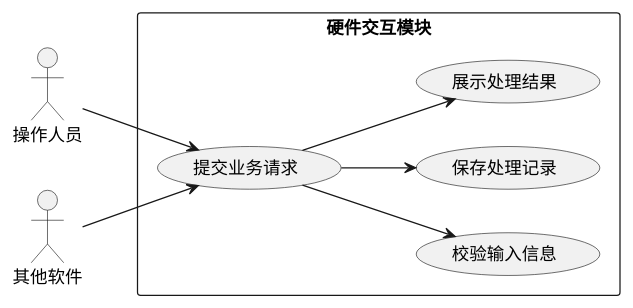
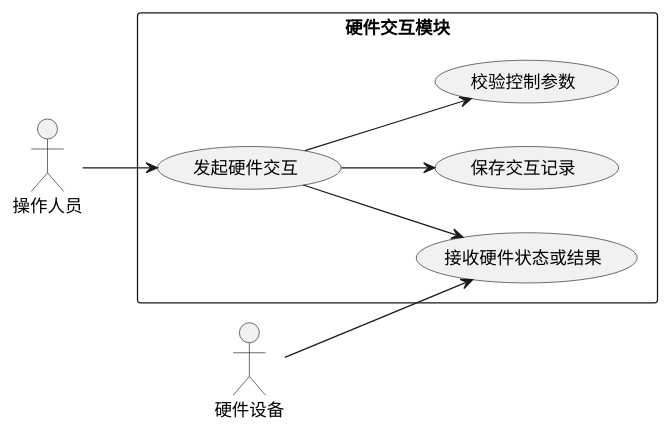
Before and after one commit to cppshooter/cursor: the second of 2 diagrams in 系统建设方案提示词/03-功能模块详细设计/03.3-硬件交互模块.md, drawn with PlantUML. The commit also changed other lines of this file and 4 other files, not shown here.

````diff
--- a/系统建设方案提示词/03-功能模块详细设计/03.3-硬件交互模块.md
+++ b/系统建设方案提示词/03-功能模块详细设计/03.3-硬件交互模块.md
@@ -106,18 +106,18 @@
 ```plantuml
 @startuml
 left to right direction
 actor 操作人员
-actor "其他软件" as External
+actor "硬件设备" as Device
 rectangle "硬件交互模块" {
-  usecase "提交业务请求" as UC1
-  usecase "校验输入信息" as UC2
-  usecase "保存处理记录" as UC3
-  usecase "展示处理结果" as UC4
+  usecase "发起硬件交互" as UC1
+  usecase "校验控制参数" as UC2
+  usecase "接收硬件状态或结果" as UC3
+  usecase "保存交互记录" as UC4
 }
 操作人员 --> UC1
-External --> UC1
 UC1 --> UC2
 UC1 --> UC3
+Device --> UC3
 UC1 --> UC4
 @enduml
 ```
````
